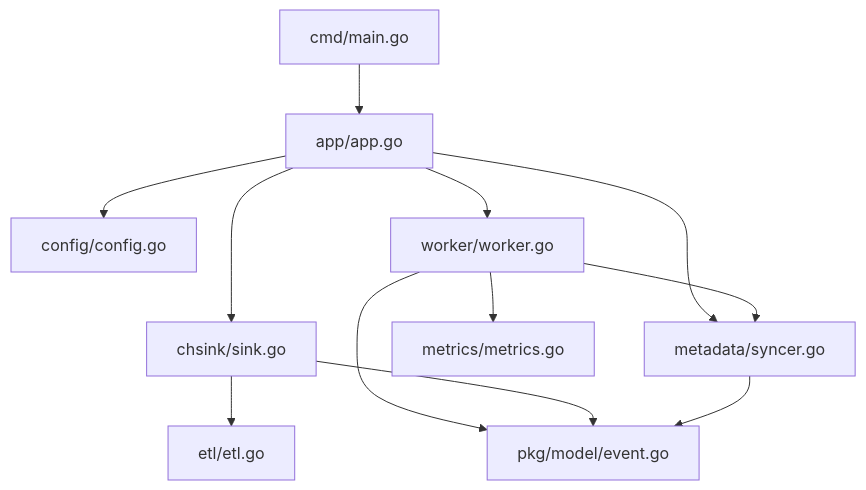
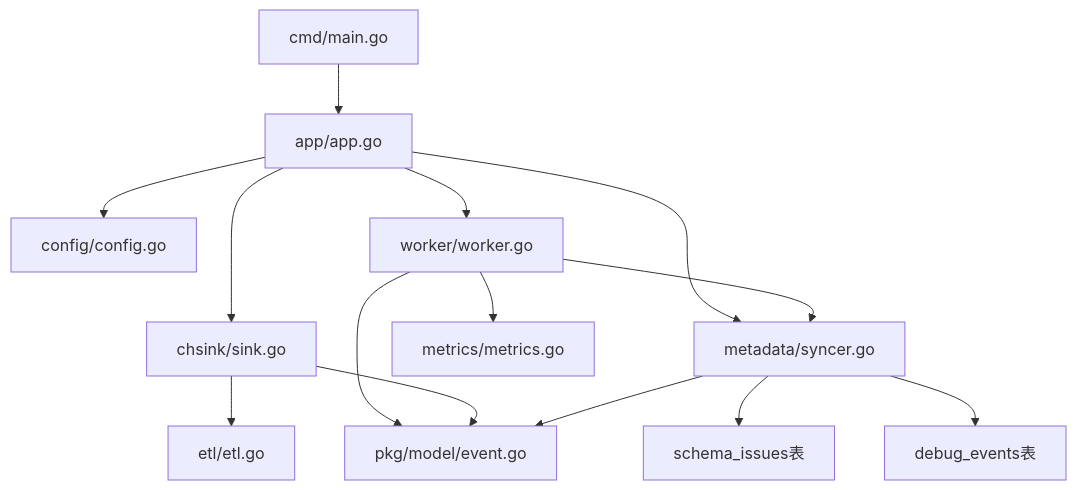
One commit to zhen-zhong/AeroLog changed the tenth of 10 diagrams in .qoder/repowiki/zh/content/后端服务架构/Consumer服务.md. Above: the diagram before and after it, drawn with Mermaid. The commit also changed other lines of this file and 130 other files, not shown here.

````diff
--- a/.qoder/repowiki/zh/content/后端服务架构/Consumer服务.md
+++ b/.qoder/repowiki/zh/content/后端服务架构/Consumer服务.md
@@ -388,14 +446,16 @@
 ```mermaid
 graph TB
 MAIN["cmd/main.go"] --> APP["app/app.go"]
 APP --> CFG["config/config.go"]
 APP --> SINK["chsink/sink.go"]
 APP --> WRK["worker/worker.go"]
 APP --> META["metadata/syncer.go"]
 WRK --> META
 WRK --> METRICS["metrics/metrics.go"]
 WRK --> MODEL["pkg/model/event.go"]
 SINK --> ETL["etl/etl.go"]
 SINK --> MODEL
 META --> MODEL
+META --> SCHEMA["schema_issues表"]
+META --> DEBUG["debug_events表"]
 ```
````
